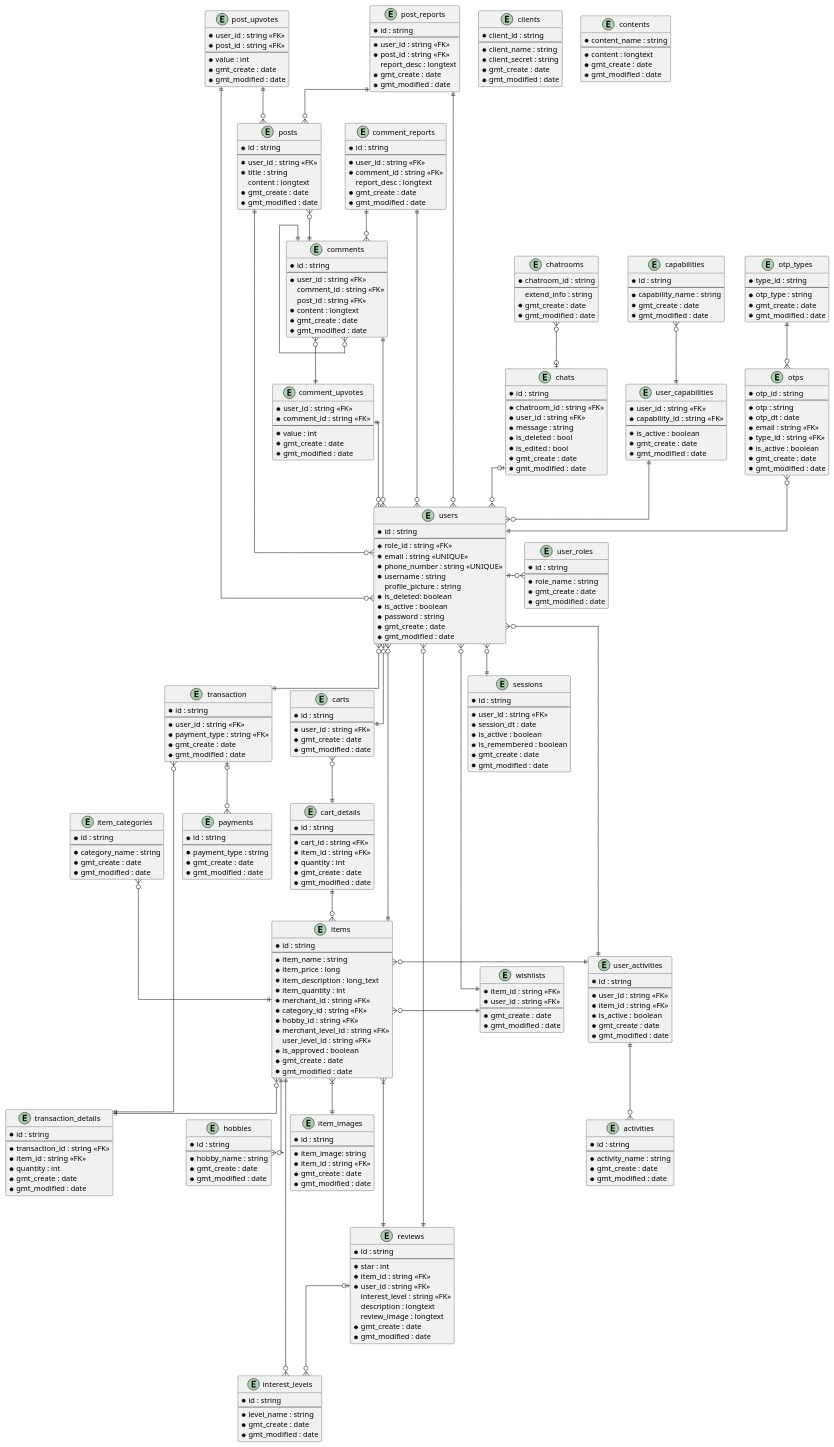
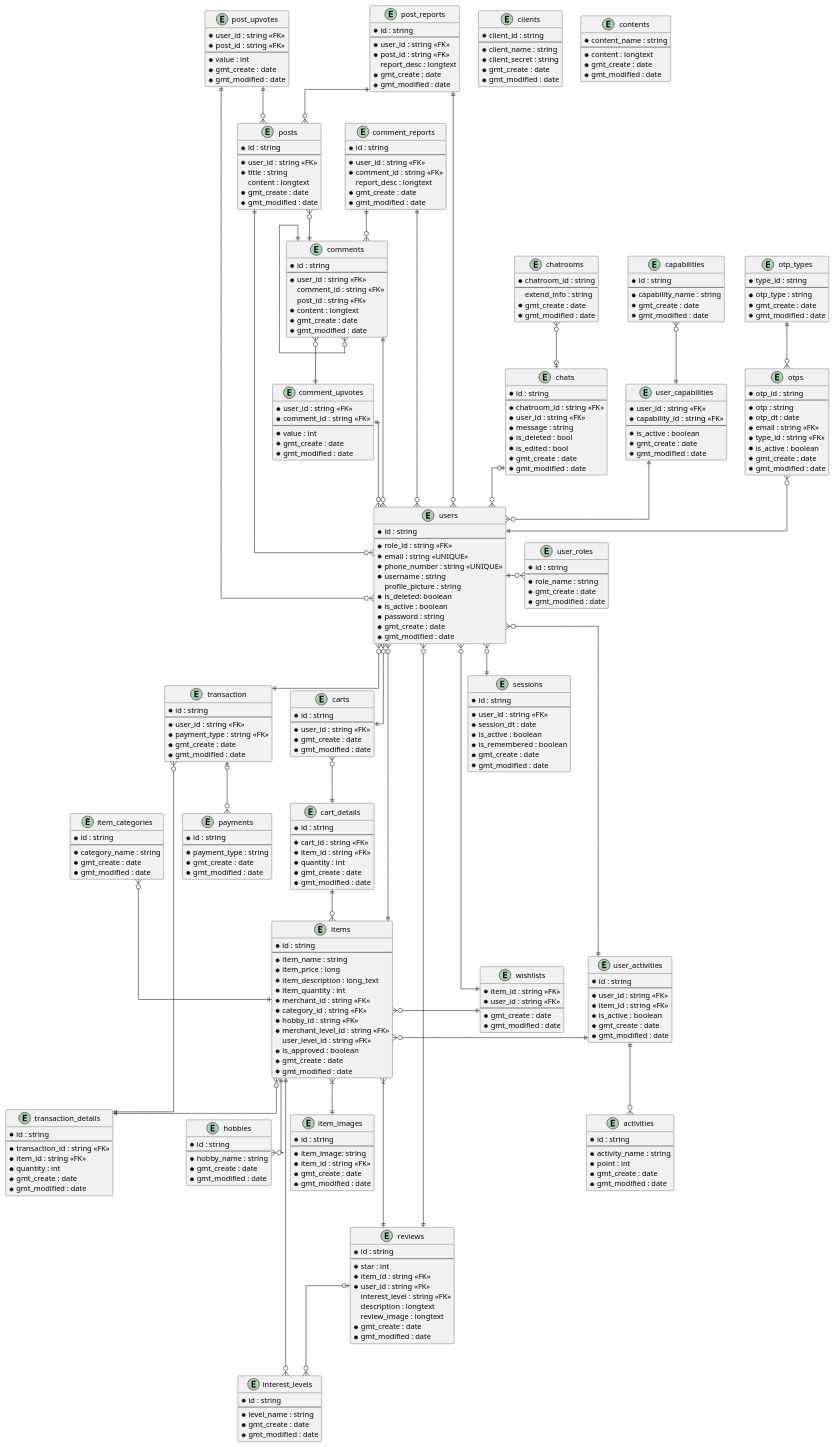
Before and after one commit to aldihsuhandi/skripsi-2023: the diagram in uml/ERD.pu, drawn with PlantUML. The commit also changed 1 other file, not shown here.

```diff
--- a/uml/ERD.pu
+++ b/uml/ERD.pu
@@ -251,6 +251,7 @@
     * id : string
     --
     * activity_name : string
+    * point : int
     * gmt_create : date
     * gmt_modified : date
 }
```
